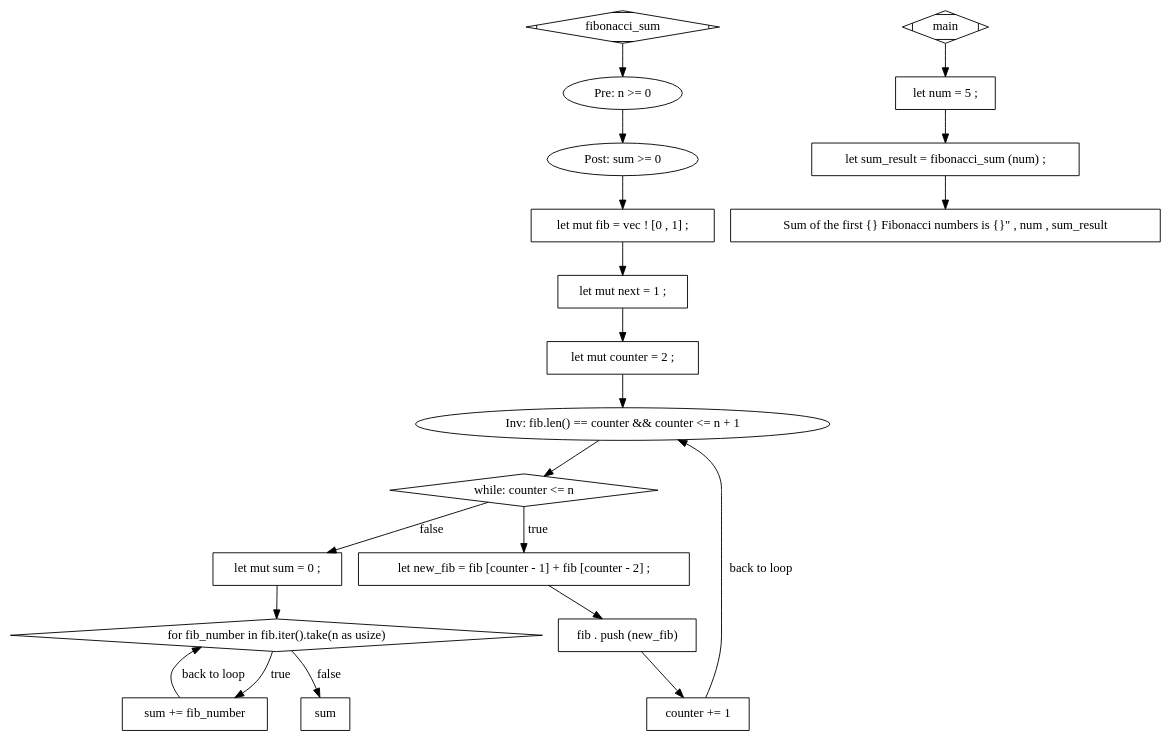
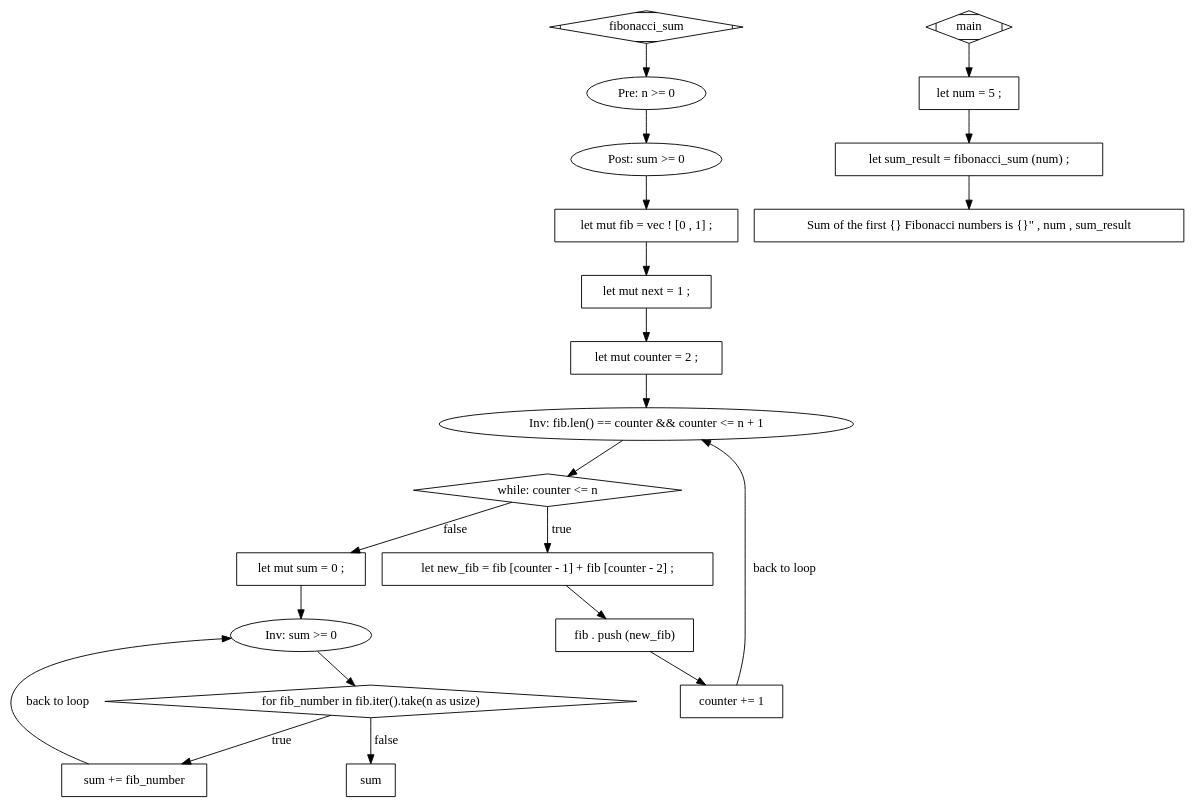
One commit to vasilevlaicu/secured-rust changed the diagram in src/graphs/for.dot. Above: the diagram before and after it, drawn with Graphviz. The commit also changed 2 other files, not shown here.

```diff
--- a/src/graphs/for.dot
+++ b/src/graphs/for.dot
@@ -1,40 +1,42 @@
 digraph G {
 0 [label="fibonacci_sum", shape=Mdiamond]
 1 [label="Pre: n >= 0", shape=ellipse]
 2 [label="Post: sum >= 0", shape=ellipse]
 3 [label="let mut fib = vec ! [0 , 1] ;", shape=box]
 4 [label="let mut next = 1 ;", shape=box]
 5 [label="let mut counter = 2 ;", shape=box]
 6 [label="Inv: fib.len() == counter && counter <= n + 1", shape=ellipse]
 7 [label="while: counter <= n", shape=diamond]
 8 [label="let new_fib = fib [counter - 1] + fib [counter - 2] ;", shape=box]
 9 [label="fib . push (new_fib)", shape=box]
 10 [label="counter += 1", shape=box]
 11 [label="let sum_result = fibonacci_sum (num) ;", shape=box]
 12 [label="let mut sum = 0 ;", shape=box]
-13 [label="for fib_number in fib.iter().take(n as usize)", shape=diamond]
-14 [label="sum += fib_number", shape=box]
-15 [label="Sum of the first {} Fibonacci numbers is {}\" , num , sum_result", shape=box]
-16 [label="sum", shape=box]
-17 [label="main", shape=Mdiamond]
-18 [label="let num = 5 ;", shape=box]
+13 [label="Inv: sum >= 0", shape=ellipse]
+14 [label="for fib_number in fib.iter().take(n as usize)", shape=diamond]
+15 [label="sum += fib_number", shape=box]
+16 [label="Sum of the first {} Fibonacci numbers is {}\" , num , sum_result", shape=box]
+17 [label="sum", shape=box]
+18 [label="main", shape=Mdiamond]
+19 [label="let num = 5 ;", shape=box]
 0 -> 1 [label=""];
 1 -> 2 [label=""];
 2 -> 3 [label=""];
 3 -> 4 [label=""];
 4 -> 5 [label=""];
 5 -> 6 [label=""];
 6 -> 7 [label=""];
 7 -> 8 [label="true"];
 8 -> 9 [label=""];
 9 -> 10 [label=""];
 10 -> 6 [label="back to loop"];
-18 -> 11 [label=""];
+19 -> 11 [label=""];
 7 -> 12 [label="false"];
 12 -> 13 [label=""];
-13 -> 14 [label="true"];
-14 -> 13 [label="back to loop"];
-11 -> 15 [label=""];
-13 -> 16 [label="false"];
-17 -> 18 [label=""];
+13 -> 14 [label=""];
+14 -> 15 [label="true"];
+15 -> 13 [label="back to loop"];
+11 -> 16 [label=""];
+14 -> 17 [label="false"];
+18 -> 19 [label=""];
 }
```
